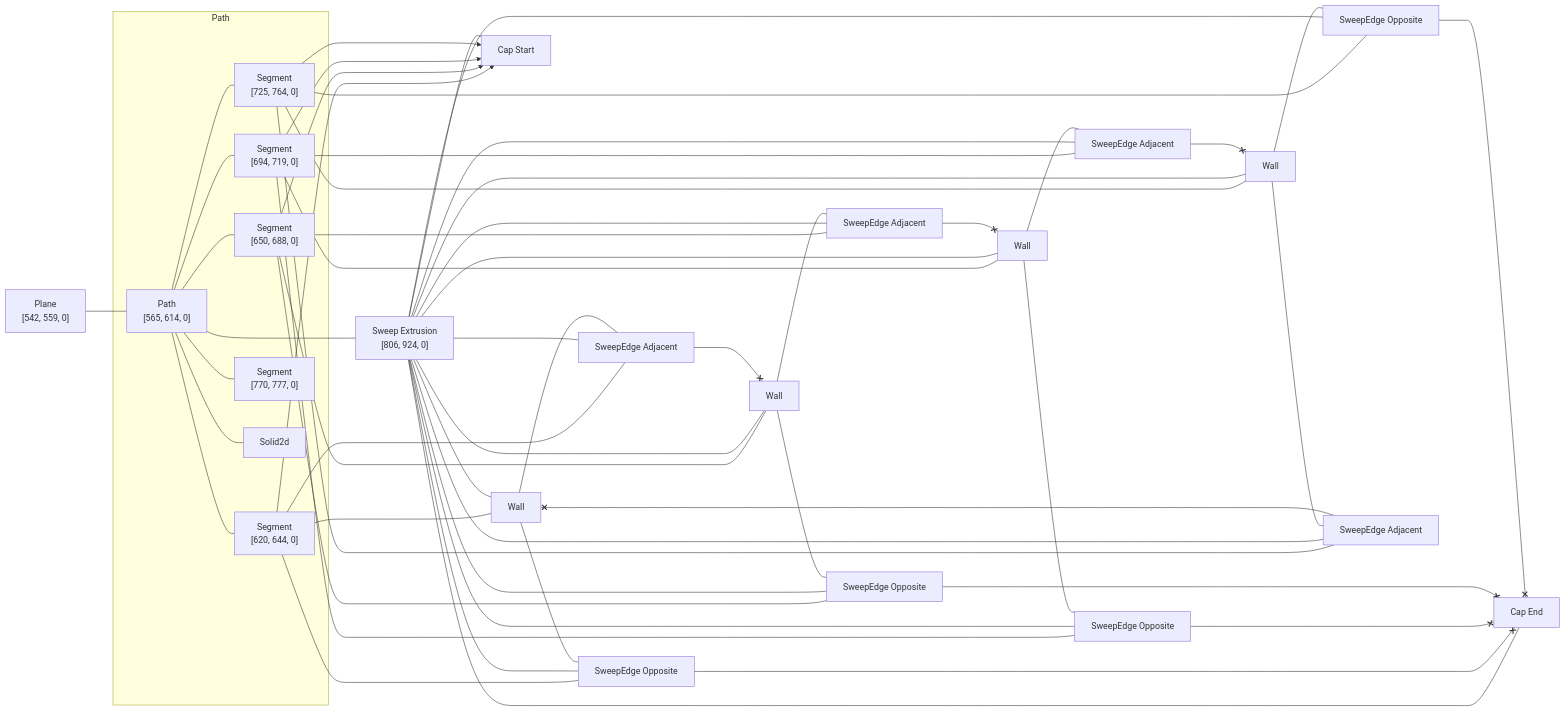
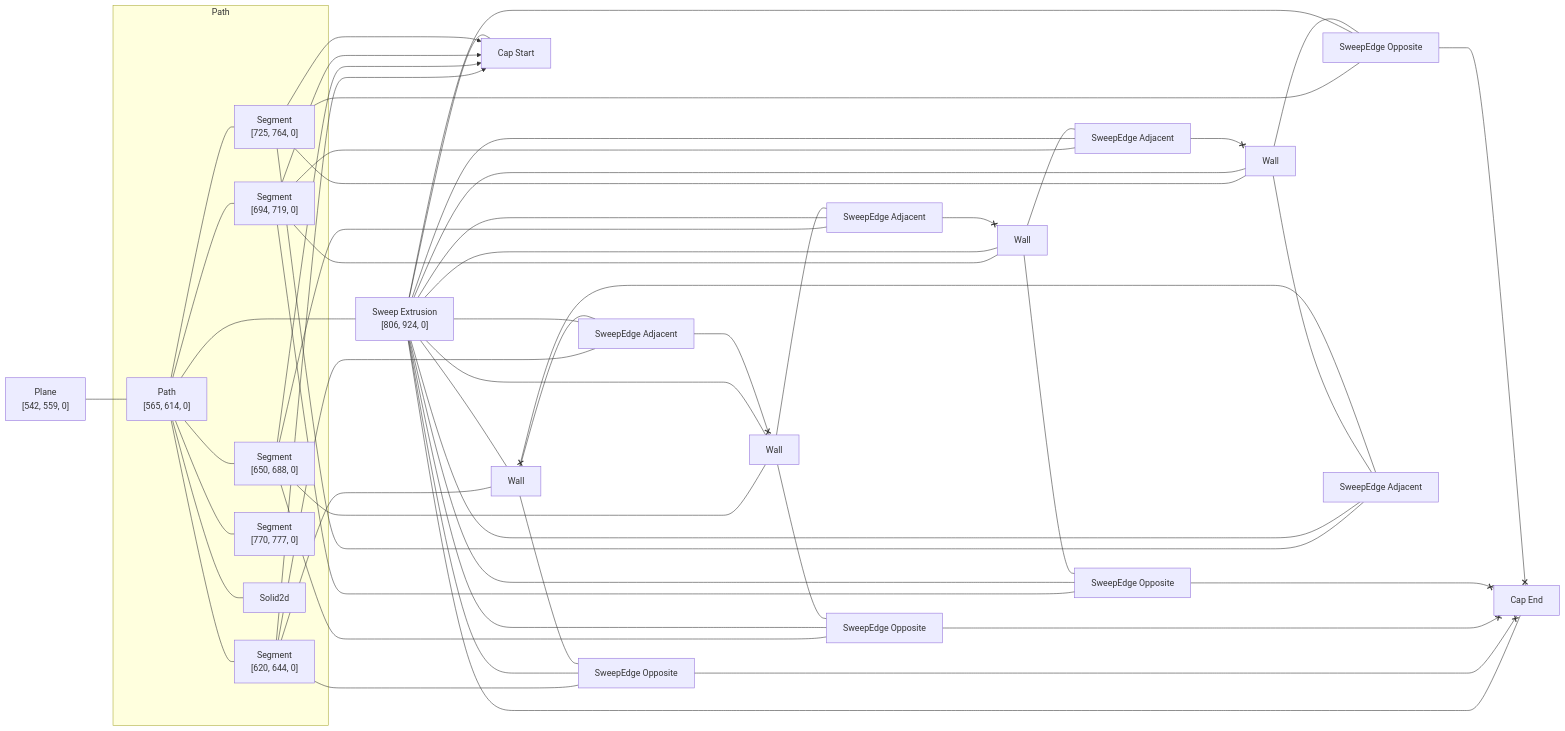
Before and after one commit to rajgandhi1/modeling-app: the diagram in rust/kcl-lib/tests/panic_repro_cube/artifact_graph_flowchart.snap.md, drawn with Mermaid. The commit also changed 101 other files, not shown here.

````diff
--- a/rust/kcl-lib/tests/panic_repro_cube/artifact_graph_flowchart.snap.md
+++ b/rust/kcl-lib/tests/panic_repro_cube/artifact_graph_flowchart.snap.md
@@ -1,82 +1,82 @@
 ```mermaid
 flowchart LR
   subgraph path2 [Path]
     2["Path<br>[565, 614, 0]"]
     3["Segment<br>[620, 644, 0]"]
     4["Segment<br>[650, 688, 0]"]
     5["Segment<br>[694, 719, 0]"]
     6["Segment<br>[725, 764, 0]"]
     7["Segment<br>[770, 777, 0]"]
     8[Solid2d]
   end
   1["Plane<br>[542, 559, 0]"]
   9["Sweep Extrusion<br>[806, 924, 0]"]
   10[Wall]
   11[Wall]
   12[Wall]
   13[Wall]
   14["Cap Start"]
   15["Cap End"]
   16["SweepEdge Opposite"]
   17["SweepEdge Opposite"]
   18["SweepEdge Opposite"]
   19["SweepEdge Opposite"]
   20["SweepEdge Adjacent"]
   21["SweepEdge Adjacent"]
   22["SweepEdge Adjacent"]
   23["SweepEdge Adjacent"]
   1 --- 2
   2 --- 3
   2 --- 4
   2 --- 5
   2 --- 6
   2 --- 7
   2 --- 8
   2 ---- 9
   3 --- 13
   3 x--> 14
   3 --- 16
-  3 --- 23
+  3 --- 20
   4 --- 11
   4 x--> 14
-  4 --- 18
-  4 --- 20
+  4 --- 17
+  4 --- 21
   5 --- 10
   5 x--> 14
-  5 --- 17
-  5 --- 21
+  5 --- 18
+  5 --- 22
   6 --- 12
   6 x--> 14
   6 --- 19
-  6 --- 22
+  6 --- 23
   9 --- 10
   9 --- 11
   9 --- 12
   9 --- 13
   9 --- 14
   9 --- 15
   9 --- 16
   9 --- 17
   9 --- 18
   9 --- 19
   9 --- 20
   9 --- 21
   9 --- 22
   9 --- 23
-  10 --- 17
-  20 <--x 10
-  10 --- 21
-  11 --- 18
-  11 --- 20
-  23 <--x 11
+  10 --- 18
+  21 <--x 10
+  10 --- 22
+  11 --- 17
+  20 <--x 11
+  11 --- 21
   12 --- 19
-  21 <--x 12
-  12 --- 22
+  22 <--x 12
+  12 --- 23
   13 --- 16
-  22 <--x 13
-  13 --- 23
+  13 --- 20
+  23 <--x 13
   16 <--x 15
   17 <--x 15
   18 <--x 15
   19 <--x 15
 ```
````
